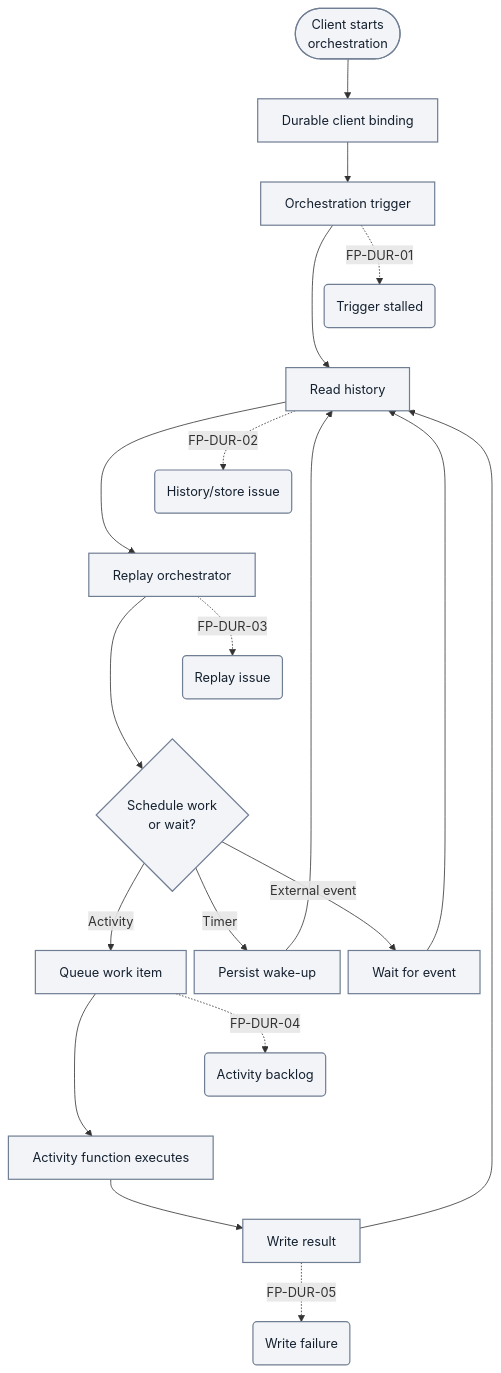
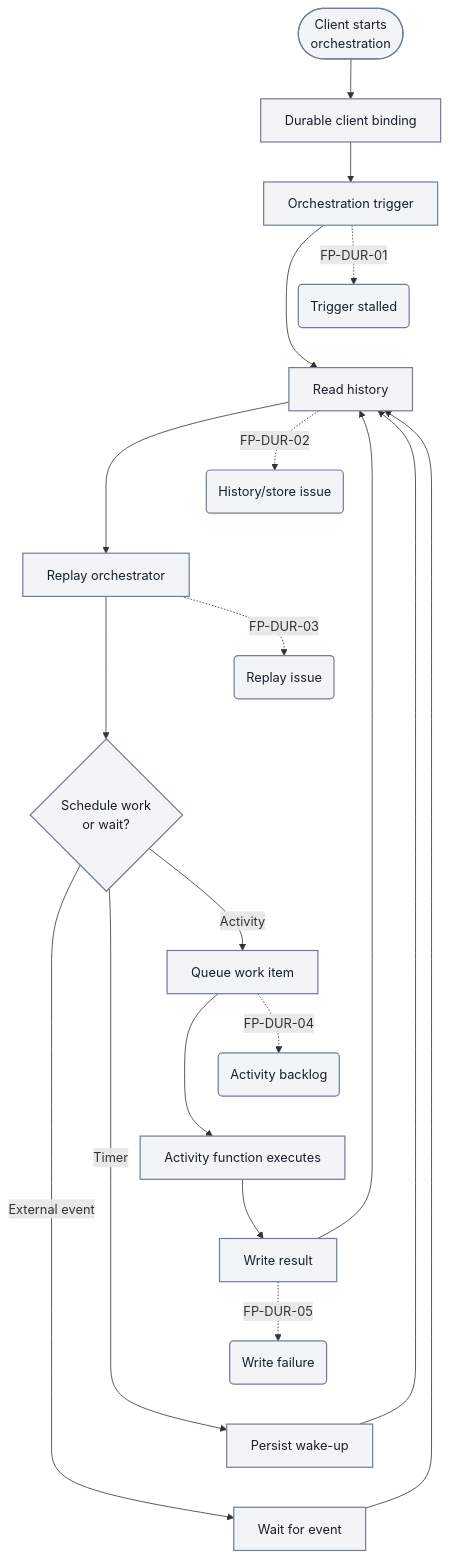
Before and after one commit to yeongseon/azure-functions-practical-guide: the seventh of 10 diagrams in docs/troubleshooting/architecture-components-reference.md, drawn with Mermaid. The commit also changed other lines of this file, not shown here.

First line of the commit message:
docs(diagrams): qualify failure semantics and improve narrow layouts

````diff
--- a/docs/troubleshooting/architecture-components-reference.md
+++ b/docs/troubleshooting/architecture-components-reference.md
@@ -527,32 +540,35 @@
 ```mermaid
 %%{init: {'flowchart': {'nodeSpacing': 10}}}%%
 flowchart TD
     accTitle: Durable orchestration diagnostic flow
     accDescr: Illustrative Azure Storage task-hub model; the runtime mediates history reads, persistence and activity scheduling. Replay is the normal reconstruction path; supported caching can avoid a full replay. Activity results, durable timers and external client signals resume processing; waiting itself does not send an event. Sub-orchestrations are also supported, although this figure branches only to activities, timers and external-event waits. Failure points are diagnostic candidates.
     A(["Client starts<br/>orchestration"]) --> B["Durable client binding"]
     B --> C[Orchestration trigger]
     C --> D["Read history"]
     D --> E["Replay orchestrator"]
     E --> F{"Schedule work<br/>or wait?"}
     F -->|Activity| G[Queue work item]
     F -->|Timer| H["Persist wake-up"]
     F -->|External event| I["Wait for event"]
     G --> J["Activity function executes"]
     J --> K["Write result"]
     H --> D
     I --> D
     K --> D
 
     C -. FP-DUR-01 .-> C1("Trigger stalled")
     D -. FP-DUR-02 .-> D1("History/store issue")
     E -. FP-DUR-03 .-> E1("Replay issue")
     G -. FP-DUR-04 .-> G1("Activity backlog")
     K -. FP-DUR-05 .-> K1("Write failure")
     %% Layout-only links tier candidates; they add no diagnostic steps or arrows.
     C1 ~~~ D
     D1 ~~~ E
     E1 ~~~ F
     G1 ~~~ J
+    %% Layout-only links tier the three alternatives; they add no diagnostic steps or arrows.
+    K1 ~~~ H
+    H ~~~ I
     classDef baseNeutral fill:#f2f4f8,stroke:#707e93,stroke-width:1.5px,color:#14202e;
     class A,B,C,D,E,F,G,H,I,J,K,C1,D1,E1,G1,K1 baseNeutral;
 ```
````
